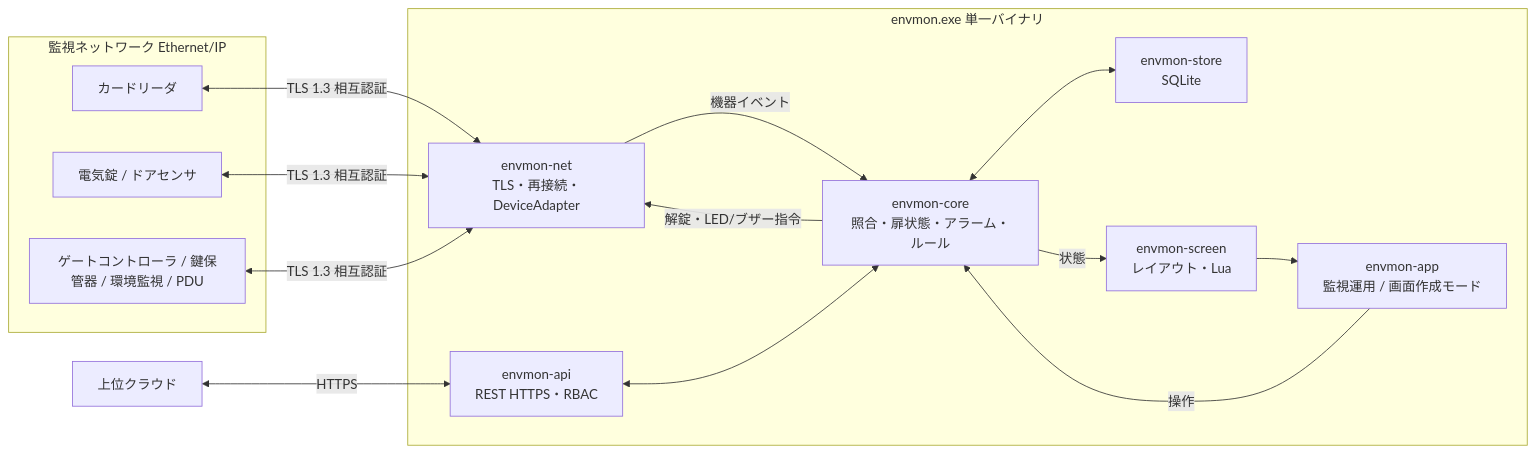
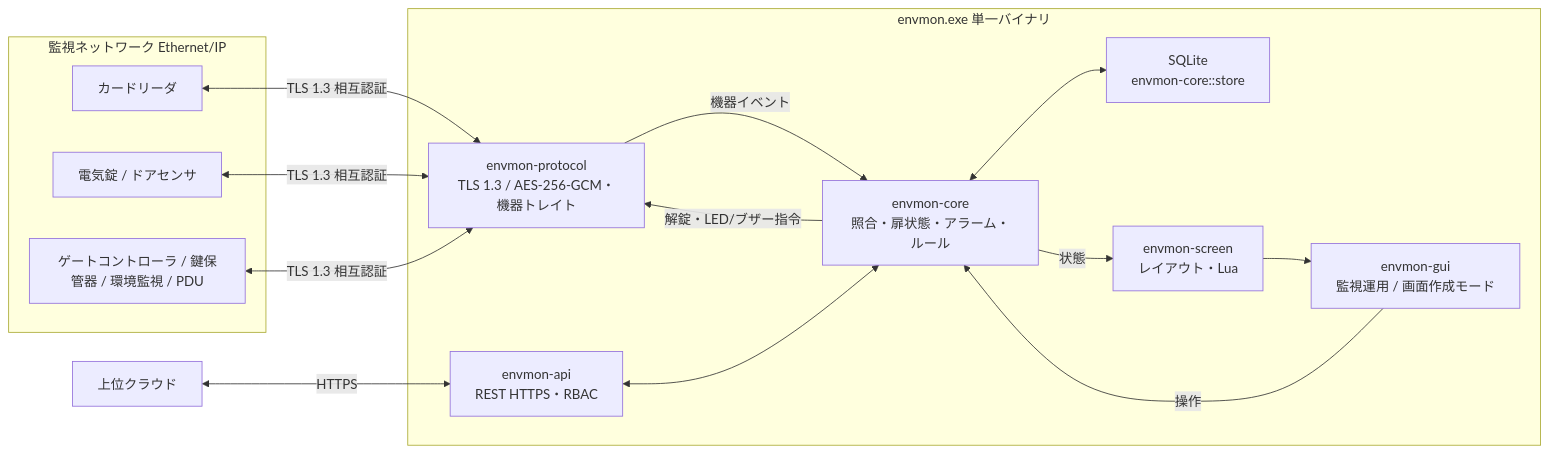
Before and after one commit to JetContrail/2026_11_17_Rust_GUI_ENV_Monitoring: the first of 2 diagrams in docs/architecture.md, drawn with Mermaid. The commit also changed other lines of this file and 45 other files, not shown here.

First line of the commit message:
feat: コア基盤 (core / protocol / simulator / api / gui) と必須テスト・ベンチマーク (#3)

````diff
--- a/docs/architecture.md
+++ b/docs/architecture.md
@@ -7,24 +7,24 @@
 ```mermaid
 flowchart LR
     subgraph Devices[監視ネットワーク Ethernet/IP]
         R[カードリーダ]
         L[電気錠 / ドアセンサ]
         O[ゲートコントローラ / 鍵保管器 / 環境監視 / PDU]
     end
     subgraph App[envmon.exe 単一バイナリ]
-        N[envmon-net<br/>TLS・再接続・DeviceAdapter]
+        N[envmon-protocol<br/>TLS 1.3 / AES-256-GCM・機器トレイト]
         C[envmon-core<br/>照合・扉状態・アラーム・ルール]
-        S[envmon-store<br/>SQLite]
+        S[SQLite<br/>envmon-core::store]
         V[envmon-screen<br/>レイアウト・Lua]
-        G[envmon-app<br/>監視運用 / 画面作成モード]
+        G[envmon-gui<br/>監視運用 / 画面作成モード]
         A[envmon-api<br/>REST HTTPS・RBAC]
     end
     Cloud[上位クラウド]
     R & L & O <-- TLS 1.3 相互認証 --> N
     N -- 機器イベント --> C
     C -- 解錠・LED/ブザー指令 --> N
     C <--> S
     C -- 状態 --> V --> G
     G -- 操作 --> C
     Cloud <-- HTTPS --> A <--> C
 ```
````
